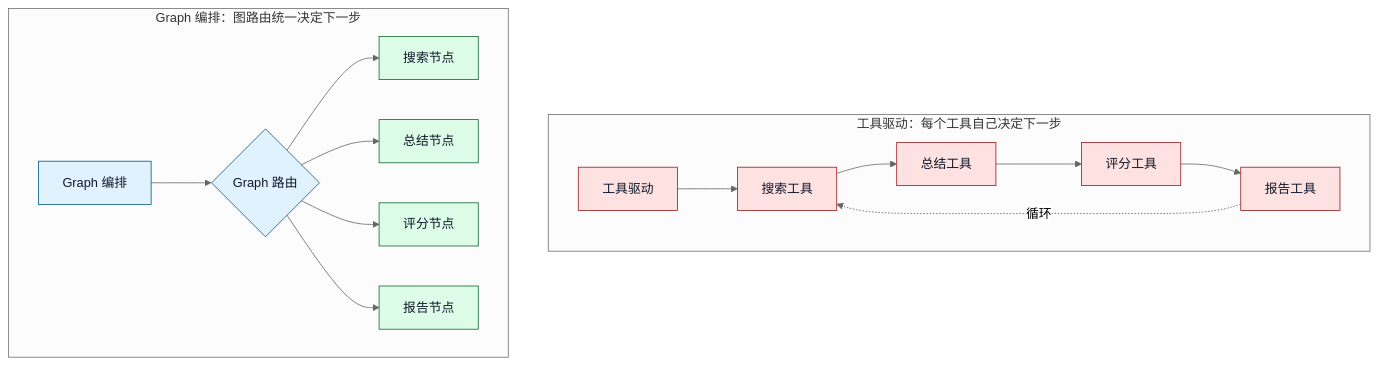
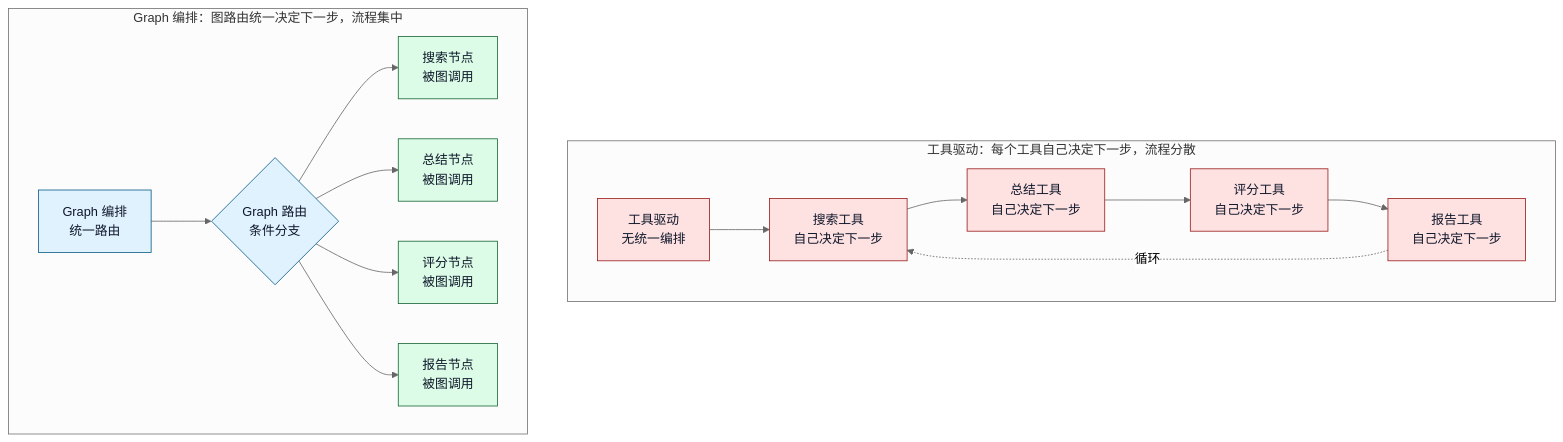
The tenth of 13 diagrams in ai-agent学习/06.LangGraph入门/16.LangGraph业务落地项目架构.md (sealzrt/2026-08--agent), drawn with Mermaid (neutral theme) before and after one commit. The commit also changed other lines of this file and 13 other files, not shown here.

````diff
--- a/ai-agent学习/06.LangGraph入门/16.LangGraph业务落地项目架构.md
+++ b/ai-agent学习/06.LangGraph入门/16.LangGraph业务落地项目架构.md
@@ -322,25 +376,25 @@
 ```mermaid
 flowchart TD
-    subgraph A["工具驱动：每个工具自己决定下一步"]
+    subgraph A["工具驱动：每个工具自己决定下一步，流程分散"]
         direction LR
-        TD1[工具驱动] --> TD2[搜索工具]
-        TD2 --> TD3[总结工具]
-        TD3 --> TD4[评分工具]
-        TD4 --> TD5[报告工具]
+        TD1["工具驱动<br/>无统一编排"] --> TD2["搜索工具<br/>自己决定下一步"]
+        TD2 --> TD3["总结工具<br/>自己决定下一步"]
+        TD3 --> TD4["评分工具<br/>自己决定下一步"]
+        TD4 --> TD5["报告工具<br/>自己决定下一步"]
         TD5 -.->|循环| TD2
     end
-    subgraph B["Graph 编排：图路由统一决定下一步"]
+    subgraph B["Graph 编排：图路由统一决定下一步，流程集中"]
         direction LR
-        GO[Graph 编排] --> GR{"Graph 路由"}
-        GR --> N1[搜索节点]
-        GR --> N2[总结节点]
-        GR --> N3[评分节点]
-        GR --> N4[报告节点]
+        GO["Graph 编排<br/>统一路由"] --> GR{"Graph 路由<br/>条件分支"}
+        GR --> N1["搜索节点<br/>被图调用"]
+        GR --> N2["总结节点<br/>被图调用"]
+        GR --> N3["评分节点<br/>被图调用"]
+        GR --> N4["报告节点<br/>被图调用"]
     end
     classDef warn fill:#fee2e2,stroke:#991b1b,color:#0f172a
     classDef core fill:#e0f2fe,stroke:#075985,color:#0f172a
     classDef cap fill:#dcfce7,stroke:#166534,color:#0f172a
     class TD1,TD2,TD3,TD4,TD5 warn
     class GO,GR core
     class N1,N2,N3,N4 cap
 ```
````
